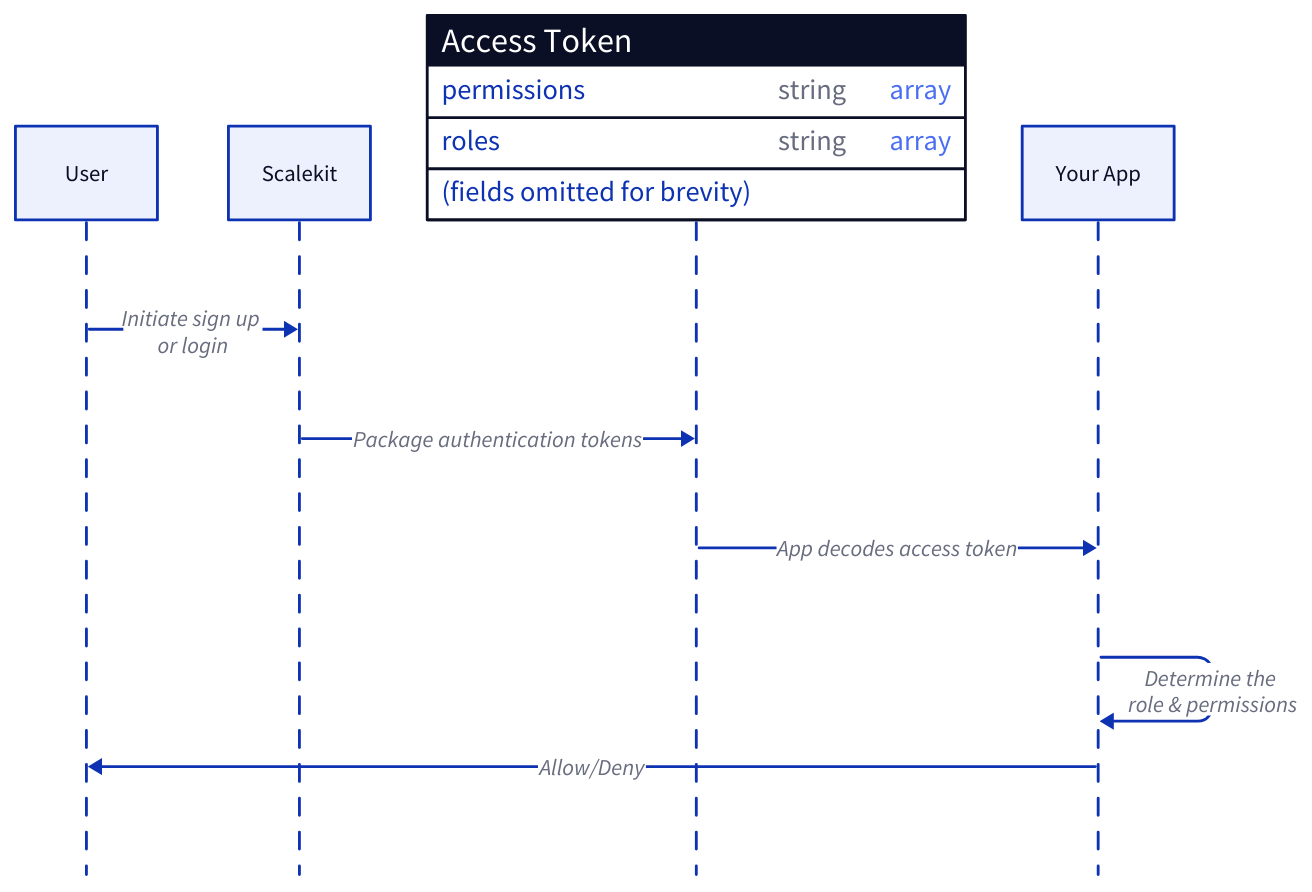
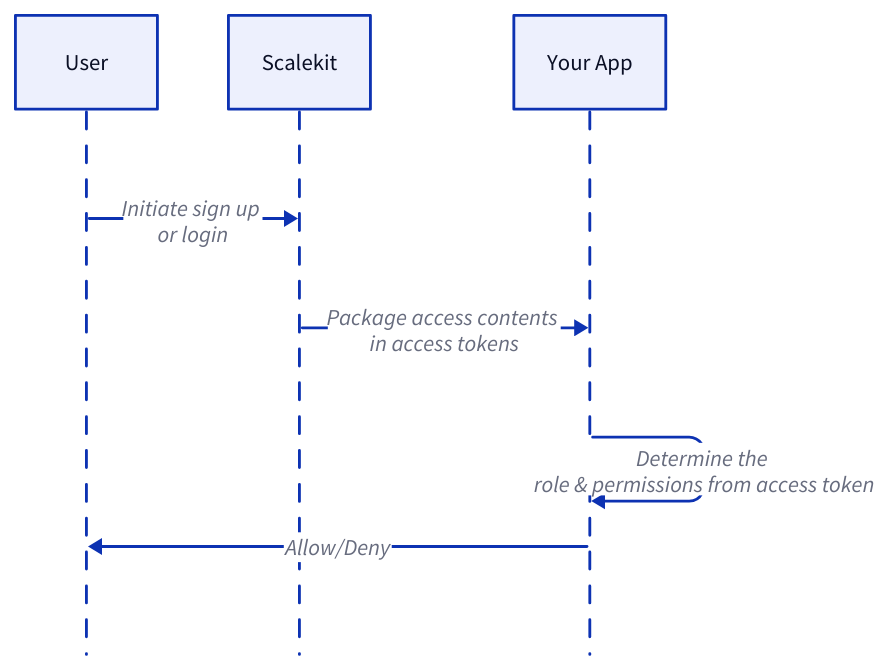
One commit to scalekit-inc/developer-docs changed the diagram in src/content/docs/authenticate/authz/overview.mdx. Above: the diagram before and after it, drawn with D2. The commit also changed other lines of this file and 6 other files, not shown here.

First line of the commit message:
feat: restructure authorization documentation and introduce roles and permissions guide

````diff
--- a/src/content/docs/authenticate/authz/overview.mdx
+++ b/src/content/docs/authenticate/authz/overview.mdx
@@ -25,16 +24,8 @@
 ```d2 pad=50
 shape: sequence_diagram
 
 User -> Scalekit: Initiate sign up \n or login
-Scalekit -> Access Token: Package authentication tokens
-Access Token -> Your App: App decodes access token
-Your App -> Your App: Determine the \nrole & permissions
+Scalekit -> Your App: Package access contents \n in access tokens
+Your App -> Your App: Determine the \nrole & permissions from access token
 Your App -> User: Allow/Deny
-
-Access Token: {
-  shape: sql_table
-  permissions: string {constraint: array}
-  roles: string {constraint: array}
-  "(fields omitted for brevity)"
-}
 ```
````
